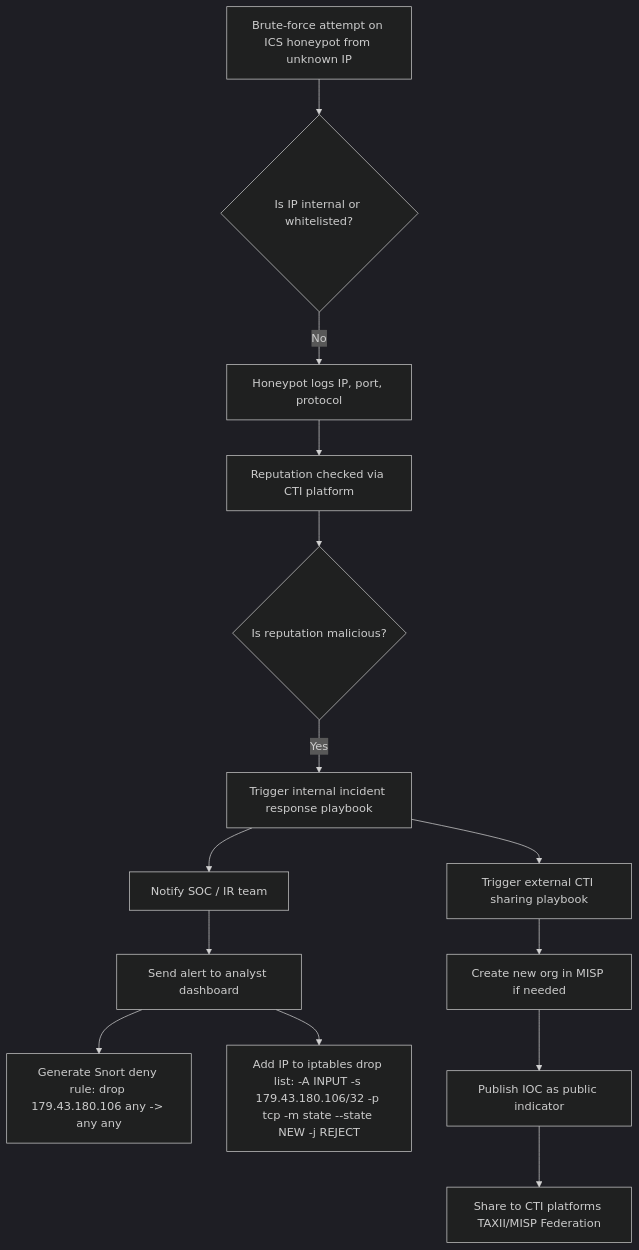
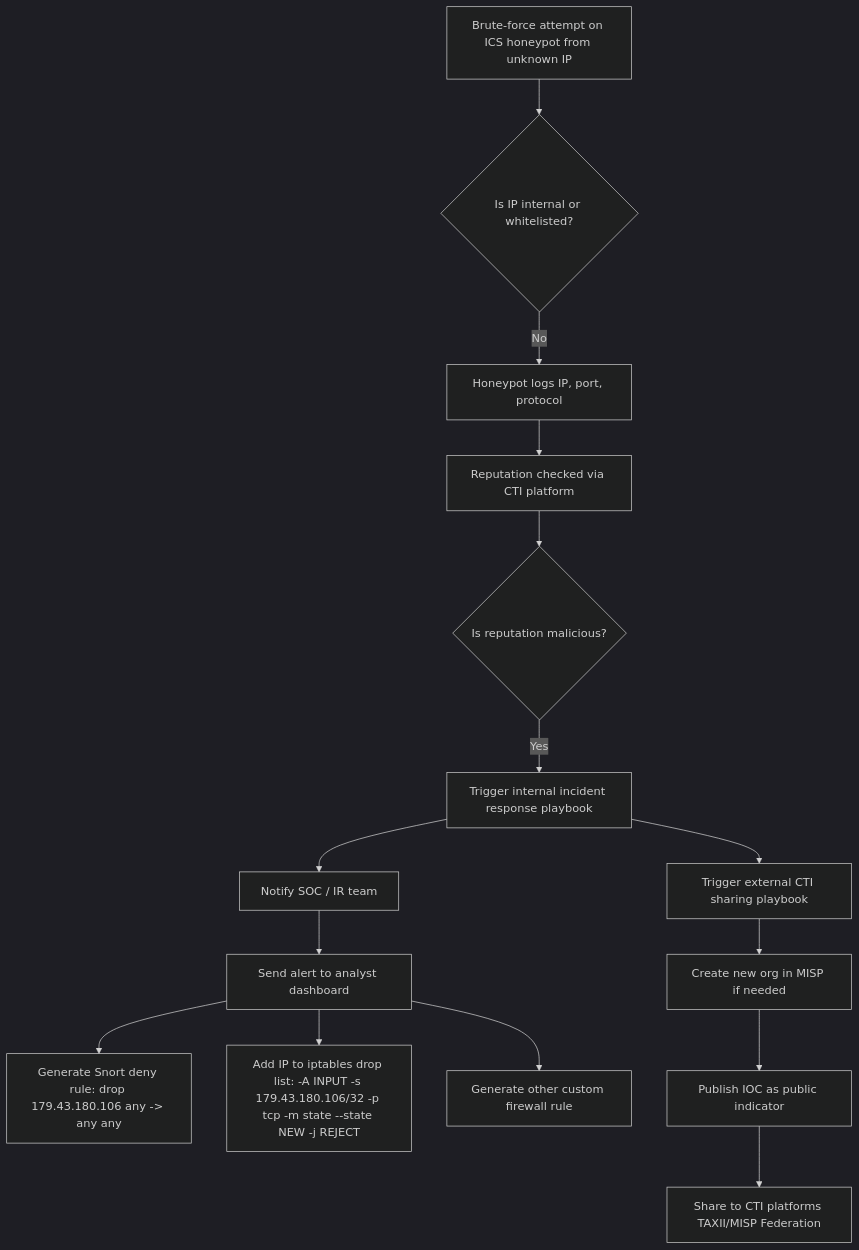
Before and after one commit to secfit/ICS_playbook: the first of 7 diagrams in flowcharts.md, drawn with Mermaid (dark theme).

````diff
--- a/flowcharts.md
+++ b/flowcharts.md
@@ -5,23 +5,25 @@
 ```mermaid
 flowchart TD
   A[Brute-force attempt on ICS honeypot from unknown IP]
   B{Is IP internal or whitelisted?}
   C[Honeypot logs IP, port, protocol]
   D[Reputation checked via CTI platform]
   E{Is reputation malicious?}
   F[Trigger internal incident response playbook]
   G[Generate Snort deny rule: drop 179.43.180.106 any -> any any]
   H[Add IP to iptables drop list: -A INPUT -s 179.43.180.106/32 -p tcp -m state --state NEW -j REJECT]
   I[Notify SOC / IR team]
   J[Send alert to analyst dashboard]
   K[Trigger external CTI sharing playbook]
   L[Create new org in MISP if needed]
   M[Publish IOC as public indicator]
   N[Share to CTI platforms TAXII/MISP Federation]
+  O[Generate other custom firewall rule]
 
   A --> B
   B -- No --> C --> D --> E
   E -- Yes --> F --> I --> J --> G
   J --> H
+  J --> O
   F --> K --> L --> M --> N
 ```
````
